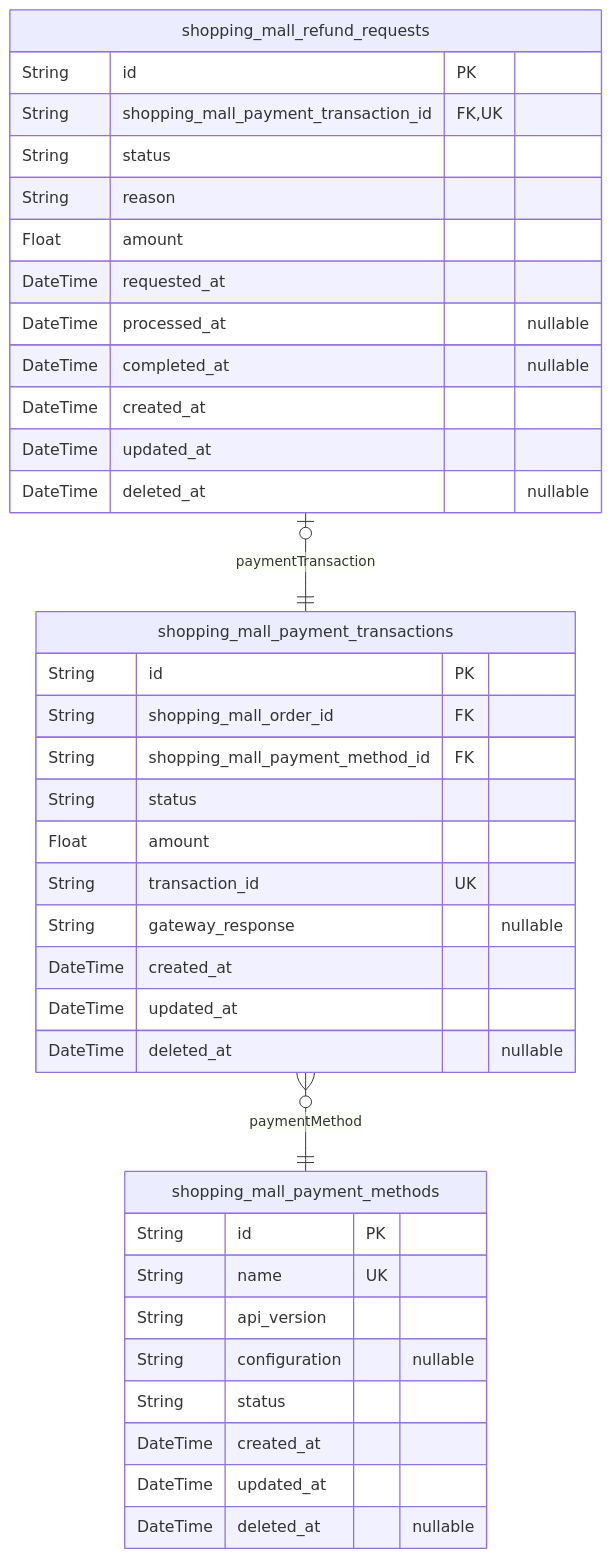
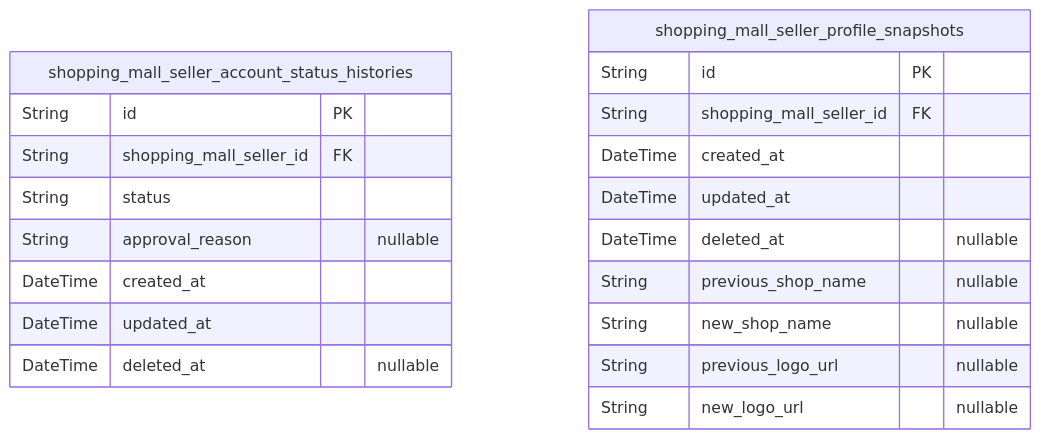
The eighth of 9 diagrams in qwen/qwen3-30b-a3b-thinking-2507/shopping/docs/ERD.md (wrtnlabs/autobe-examples), drawn with Mermaid before and after one commit. The commit also changed other lines of this file and 9391 other files, not shown here.

````diff
--- a/qwen/qwen3-30b-a3b-thinking-2507/shopping/docs/ERD.md
+++ b/qwen/qwen3-30b-a3b-thinking-2507/shopping/docs/ERD.md
@@ -1104,40 +1745,23 @@
 ```mermaid
 erDiagram
-"shopping_mall_payment_transactions" {
+"shopping_mall_seller_account_status_histories" {
   String id PK
-  String shopping_mall_order_id FK
-  String shopping_mall_payment_method_id FK
+  String shopping_mall_seller_id FK
   String status
-  Float amount
-  String transaction_id UK
-  String gateway_response "nullable"
+  String approval_reason "nullable"
   DateTime created_at
   DateTime updated_at
   DateTime deleted_at "nullable"
 }
-"shopping_mall_payment_methods" {
+"shopping_mall_seller_profile_snapshots" {
   String id PK
-  String name UK
-  String api_version
-  String configuration "nullable"
-  String status
+  String shopping_mall_seller_id FK
   DateTime created_at
   DateTime updated_at
   DateTime deleted_at "nullable"
+  String previous_shop_name "nullable"
+  String new_shop_name "nullable"
+  String previous_logo_url "nullable"
+  String new_logo_url "nullable"
 }
-"shopping_mall_refund_requests" {
-  String id PK
-  String shopping_mall_payment_transaction_id FK,UK
-  String status
-  String reason
-  Float amount
-  DateTime requested_at
-  DateTime processed_at "nullable"
-  DateTime completed_at "nullable"
-  DateTime created_at
-  DateTime updated_at
-  DateTime deleted_at "nullable"
-}
-"shopping_mall_payment_transactions" }o--|| "shopping_mall_payment_methods" : paymentMethod
-"shopping_mall_refund_requests" |o--|| "shopping_mall_payment_transactions" : paymentTransaction
 ```
````
